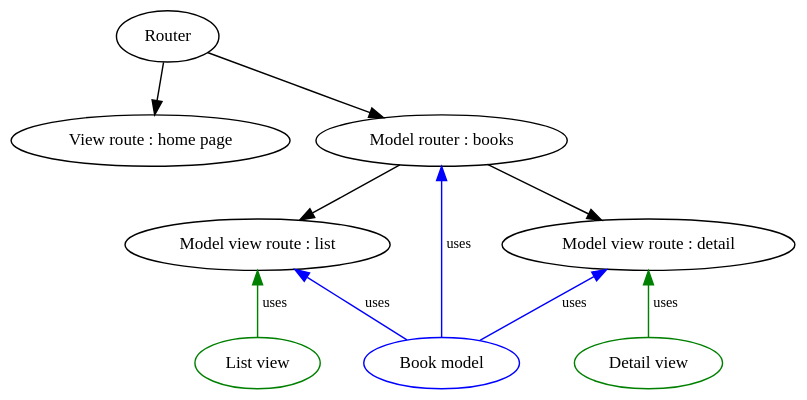
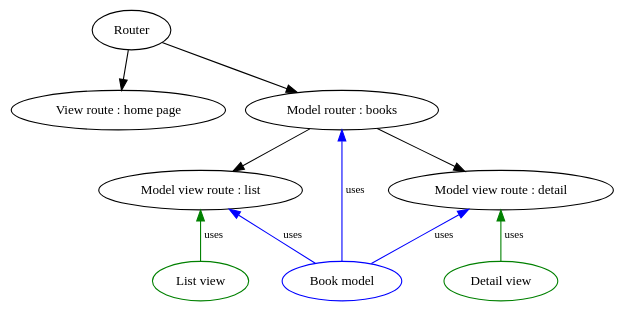
The sixth of 8 diagrams in docs/quickstart.rst (pstch/django-crucrudile), drawn with Graphviz before and after one commit. The commit also changed other lines of this file and 8 other files, not shown here.

```diff
--- a/docs/quickstart.rst
+++ b/docs/quickstart.rst
@@ -176,37 +223,37 @@
 .. graphviz::
 
    digraph models {
-       size="10, 4"
+       size="6, 4"
        bgcolor="transparent"
        edge[fontsize=10]
        node[fontsize=12]
 
        "Router" -> "View route : home page"
        "Router" -> "Model router : books"
 
        "Model router : books" -> "Model view route : list"
        "Model router : books" -> "Model view route : detail"
 
        subgraph models {
            node[color="blue"]
            "Book model"
        }
        subgraph models_rels {
            edge[dir="back", color="blue", label="uses"]
            "Model router : books" -> "Book model"
            "Model view route : list" -> "Book model"
            "Model view route : detail" -> "Book model"
        }
 
        subgraph views {
            node[color="green"]
            "List view"
            "Detail view"
        }
        subgraph views_rels {
            edge[dir="back", color="green", label="uses"]
            "Model view route : list" -> "List view"
            "Model view route : detail" -> "Detail view"
        }
 
    }
```
